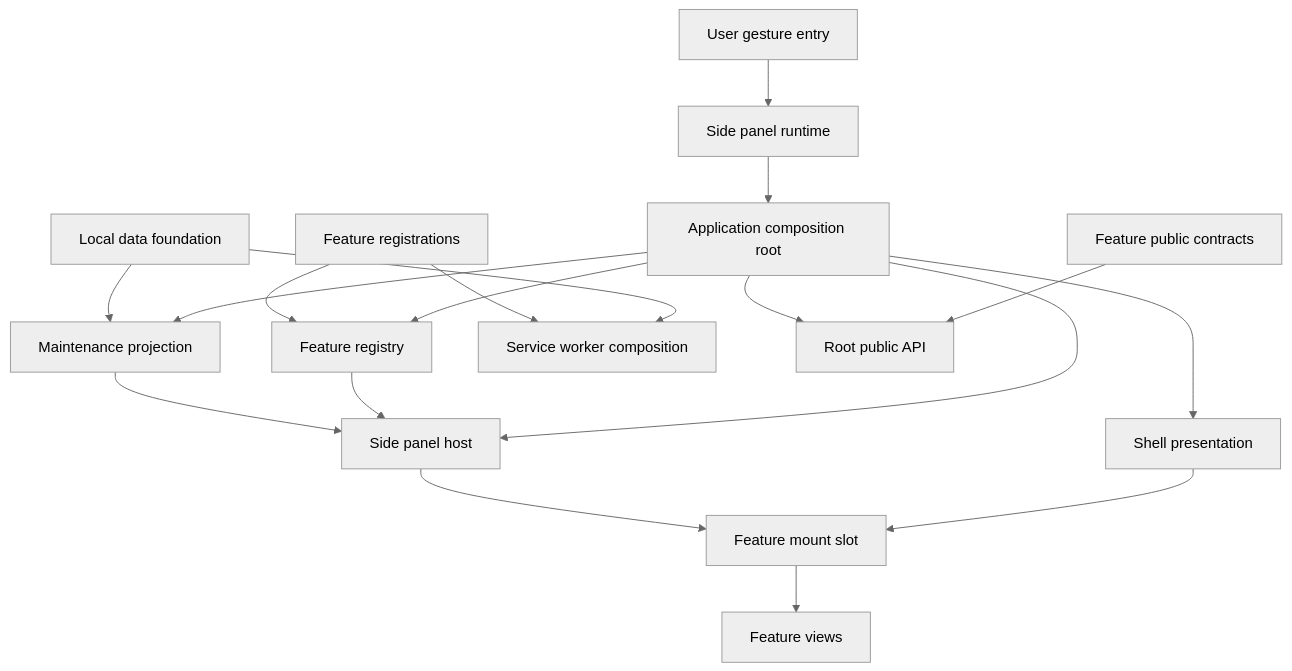
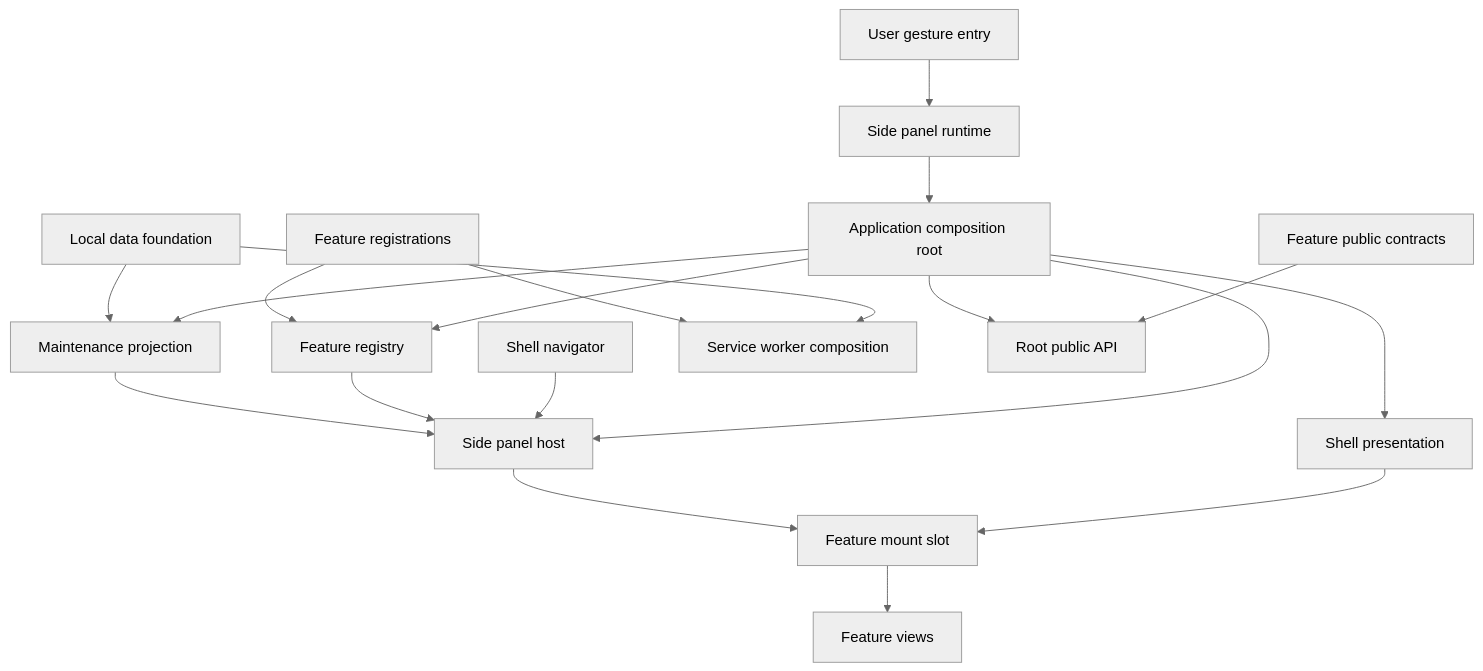
Before and after one commit to Huruikagi/pc-build-planner: the first of 2 diagrams in .kiro/specs/application-shell/design.md, drawn with Mermaid (neutral theme). The commit also changed other lines of this file and 20 other files, not shown here.

````diff
--- a/.kiro/specs/application-shell/design.md
+++ b/.kiro/specs/application-shell/design.md
@@ -69,20 +71,21 @@
 ```mermaid
 graph TB
     Gesture[User gesture entry] --> Runtime[Side panel runtime]
     Runtime --> Root[Application composition root]
     Root --> Registry[Feature registry]
     Root --> Maintenance[Maintenance projection]
     Root --> Presentation[Shell presentation]
     Presentation --> FeatureSlot[Feature mount slot]
     Root --> Host[Side panel host]
+    Navigator[Shell navigator] --> Host
     Host --> FeatureSlot
     Registry --> Host
     Maintenance --> Host
     Foundation[Local data foundation] --> Maintenance
     Foundation --> WorkerRuntime[Service worker composition]
     Features --> WorkerRuntime
     Features[Feature registrations] --> Registry
     FeatureSlot --> FeatureViews[Feature views]
     PublicContracts[Feature public contracts] --> RootApi[Root public API]
     Root --> RootApi
 ```
````
